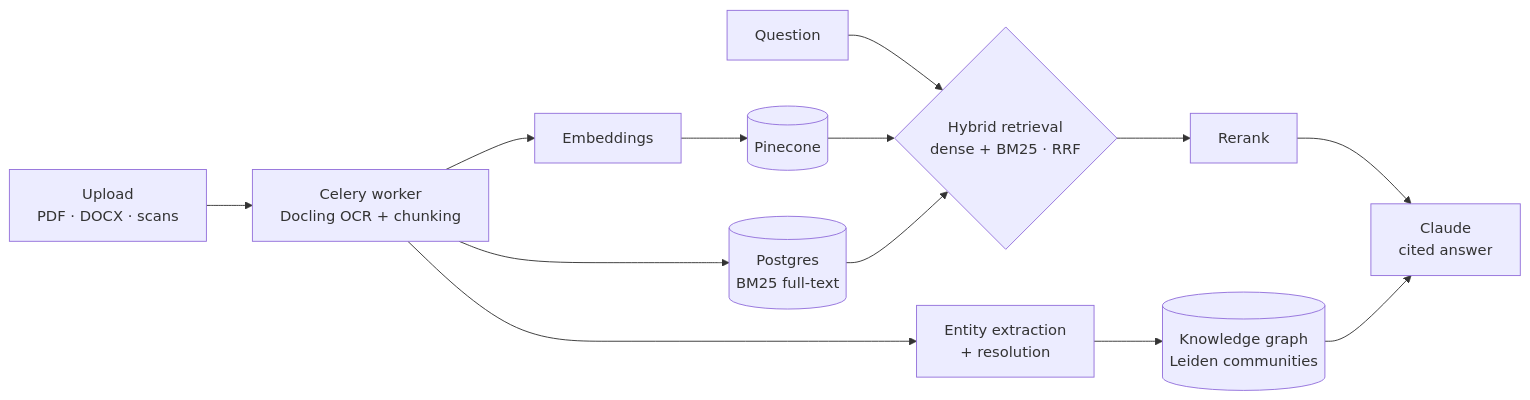
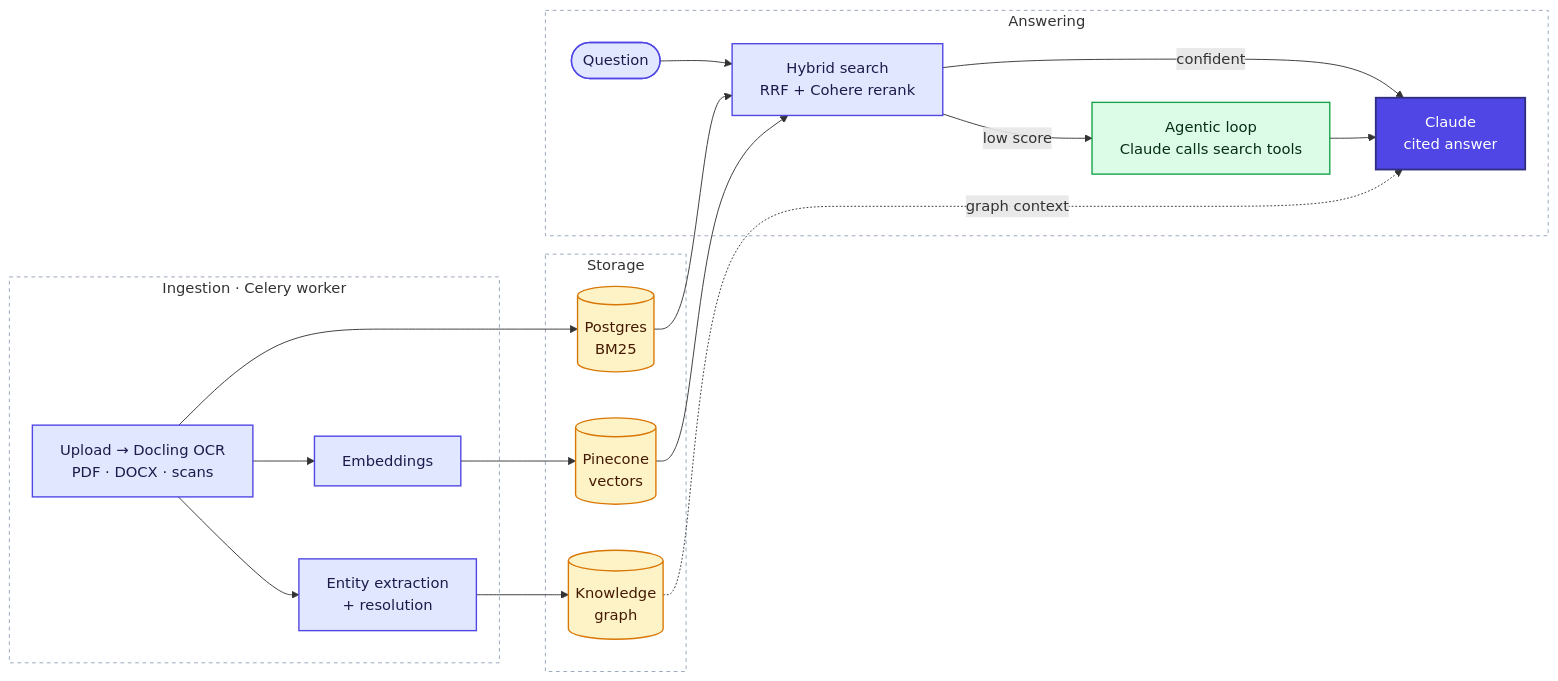
The diagram in README.md (umairleo1/umairleo1), drawn with Mermaid before and after one commit. The commit also changed other lines of this file, not shown here.

Commit message:
Redesign Docnus architecture diagram and add agentic retrieval

````diff
--- a/README.md
+++ b/README.md
@@ -25,12 +25,36 @@
 ```mermaid
 flowchart LR
-  U[Upload<br/>PDF · DOCX · scans] --> W[Celery worker<br/>Docling OCR + chunking]
-  W --> E[Embeddings] --> P[(Pinecone)]
-  W --> G[Entity extraction<br/>+ resolution] --> KG[(Knowledge graph<br/>Leiden communities)]
-  W --> PG[(Postgres<br/>BM25 full-text)]
-  Q[Question] --> H{Hybrid retrieval<br/>dense + BM25 · RRF}
+  subgraph ING["Ingestion · Celery worker"]
+    B["Upload → Docling OCR<br/>PDF · DOCX · scans"] --> C["Embeddings"]
+    B --> D["Entity extraction<br/>+ resolution"]
+  end
+  subgraph STORE["Storage"]
+    PG[("Postgres<br/>BM25")]
+    P[("Pinecone<br/>vectors")]
+    KG[("Knowledge<br/>graph")]
+  end
+  subgraph ASK["Answering"]
+    Q(["Question"]) --> H["Hybrid search<br/>RRF + Cohere rerank"]
+    H -- confident --> L["Claude<br/>cited answer"]
+    H -- low score --> T["Agentic loop<br/>Claude calls search tools"]
+    T --> L
+  end
+  B --> PG
+  C --> P
+  D --> KG
+  PG --> H
   P --> H
-  PG --> H
-  H --> R[Rerank] --> C[Claude<br/>cited answer]
-  KG --> C
+  KG -. graph context .-> L
+
+  classDef step fill:#e0e7ff,stroke:#4f46e5,stroke-width:1.5px,color:#1e1b4b
+  classDef store fill:#fef3c7,stroke:#d97706,stroke-width:1.5px,color:#451a03
+  classDef ai fill:#dcfce7,stroke:#16a34a,stroke-width:1.5px,color:#052e16
+  classDef out fill:#4f46e5,stroke:#312e81,stroke-width:2px,color:#ffffff
+  class B,C,D,Q,H step
+  class P,PG,KG store
+  class T ai
+  class L out
+  style ING fill:transparent,stroke:#94a3b8,stroke-dasharray:4 4
+  style STORE fill:transparent,stroke:#94a3b8,stroke-dasharray:4 4
+  style ASK fill:transparent,stroke:#94a3b8,stroke-dasharray:4 4
 ```
````
